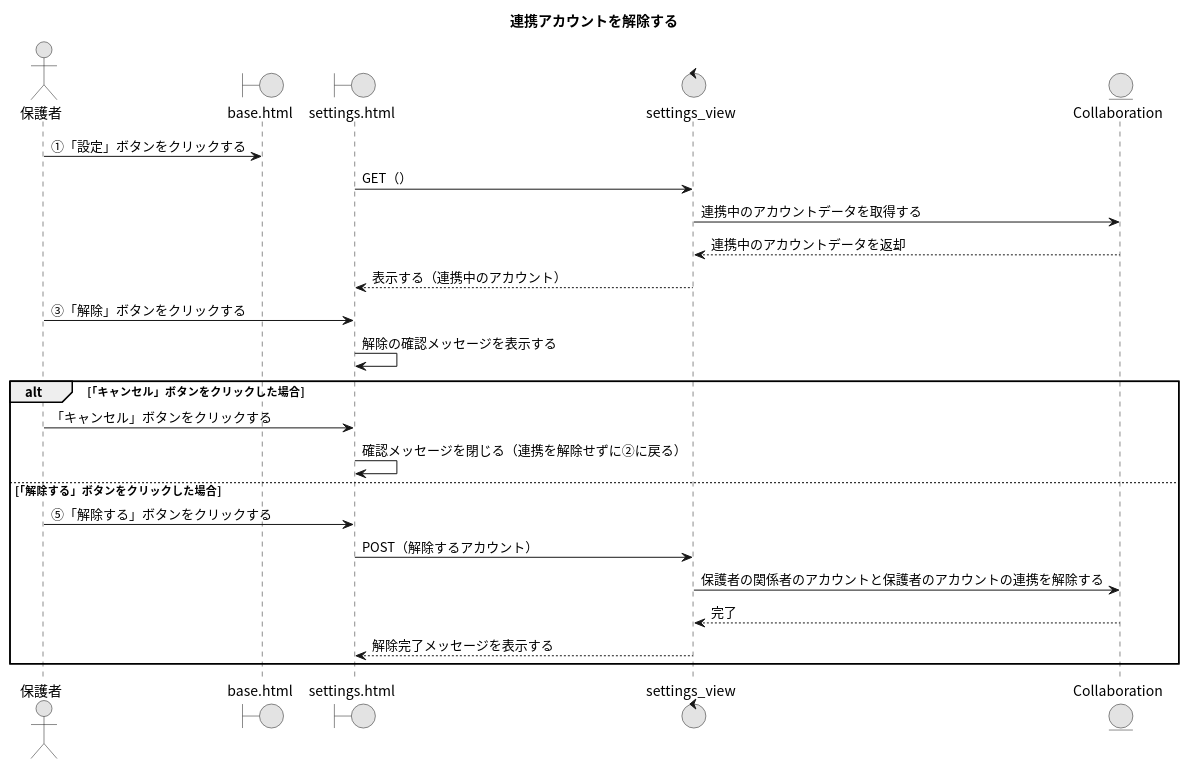
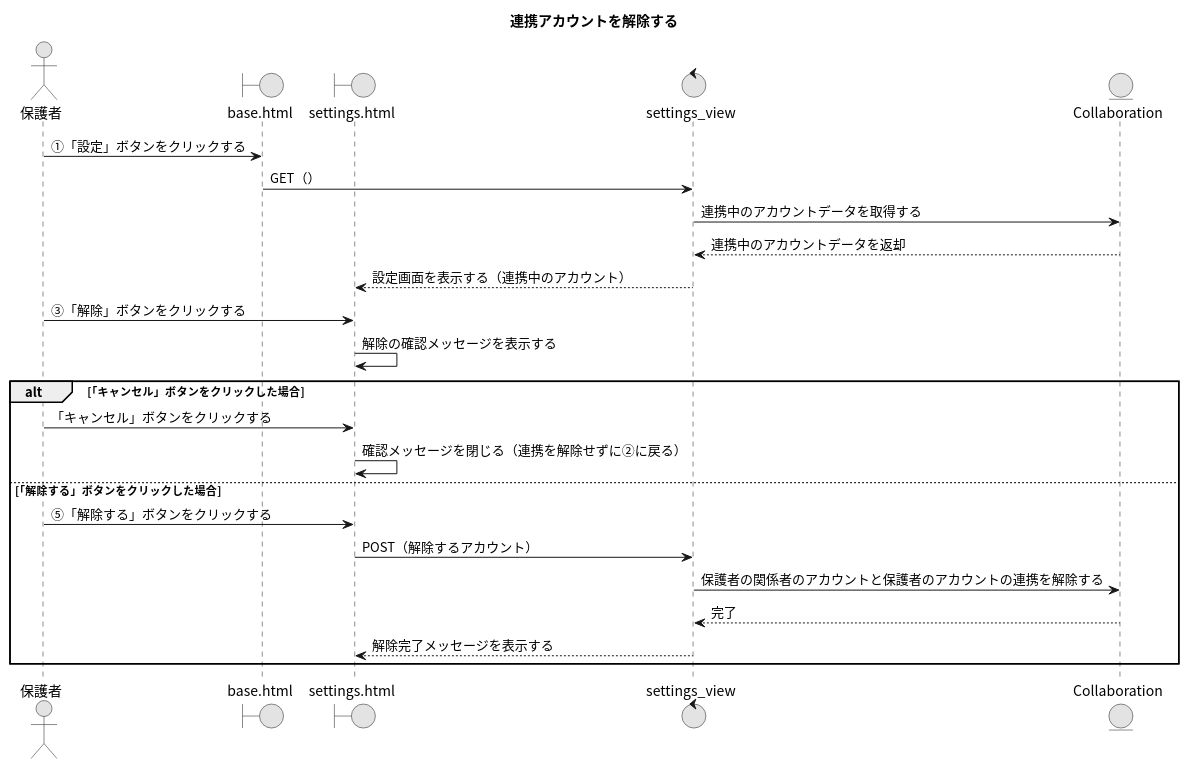
One commit to Ma2naga190330/26_sotugyou_puml changed the diagram in 06_連携アカウントを解除する.puml. Above: the diagram before and after it, drawn with PlantUML. The commit also changed 9 other files, not shown here.

```diff
--- a/06_連携アカウントを解除する.puml
+++ b/06_連携アカウントを解除する.puml
@@ -1,31 +1,31 @@
 @startuml
 title 連携アカウントを解除する
 skinparam defaultFontName "Noto Sans CJK JP"
 skinparam monochrome true
 
 actor "保護者" as A
 boundary "base.html" as BP
 boundary "settings.html" as SP
 control "settings_view" as SV
 entity "Collaboration" as CM
 
 A -> BP : ①「設定」ボタンをクリックする
-SP -> SV : GET（）
+BP -> SV : GET（）
 SV -> CM : 連携中のアカウントデータを取得する
 SV <-- CM : 連携中のアカウントデータを返却
-SV --> SP : 表示する（連携中のアカウント）
+SV --> SP : 設定画面を表示する（連携中のアカウント）
 
 A -> SP : ③「解除」ボタンをクリックする
 SP -> SP : 解除の確認メッセージを表示する
 
 alt 「キャンセル」ボタンをクリックした場合
   A -> SP : 「キャンセル」ボタンをクリックする
   SP -> SP : 確認メッセージを閉じる（連携を解除せずに②に戻る）
 else 「解除する」ボタンをクリックした場合
   A -> SP : ⑤「解除する」ボタンをクリックする
   SP -> SV : POST（解除するアカウント）
   SV -> CM : 保護者の関係者のアカウントと保護者のアカウントの連携を解除する
   SV <-- CM : 完了
   SV --> SP : 解除完了メッセージを表示する
 end
 @enduml
```
